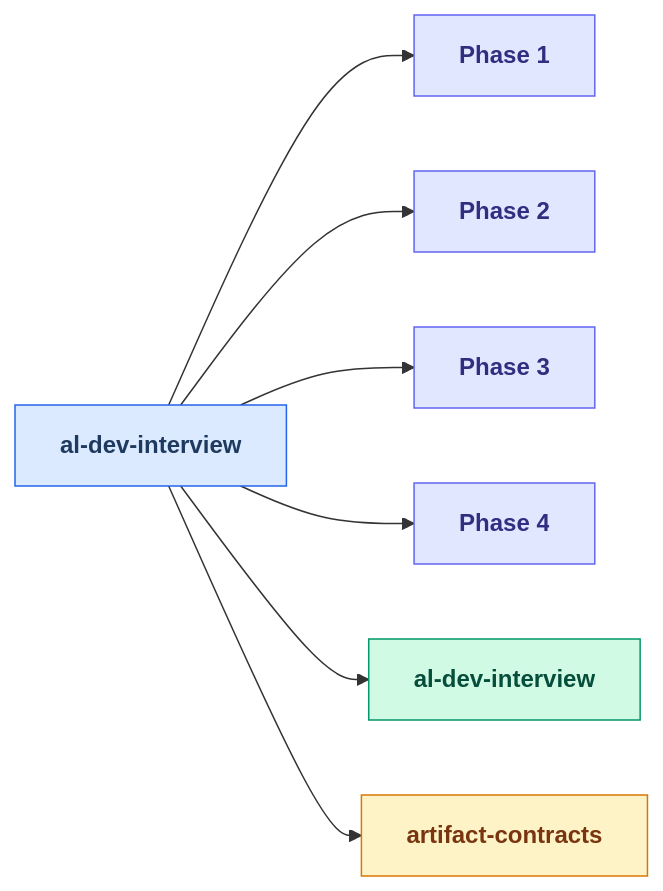
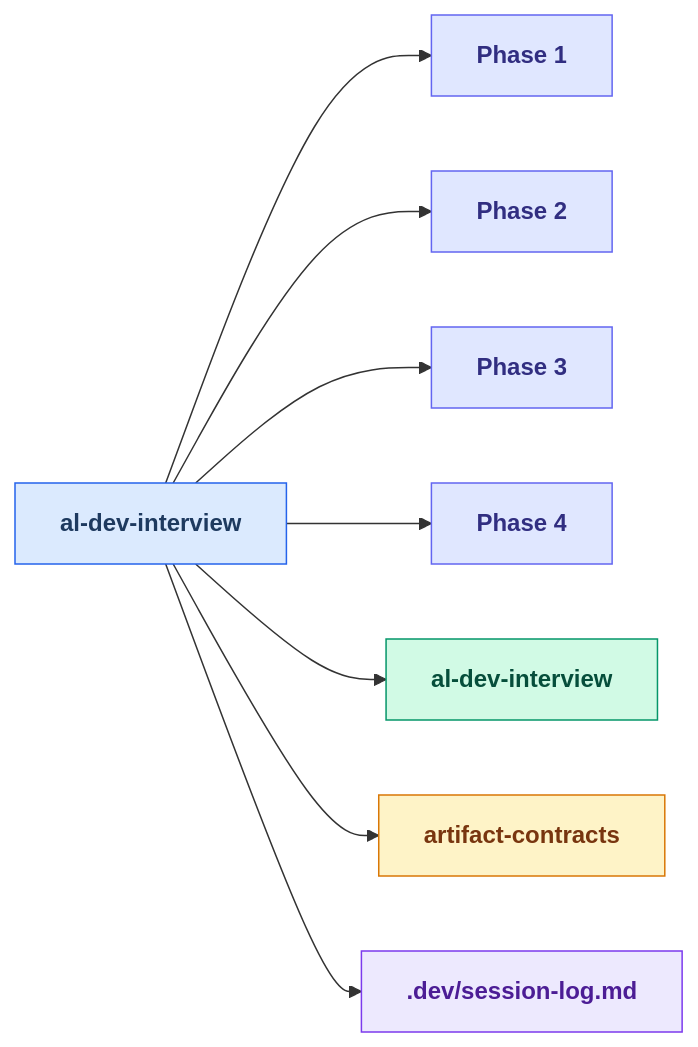
Diagram 17 of 24 in docs/al-dev-skills-map.md (russell-laing/al-dev-shared), drawn with Mermaid before and after one commit. The commit also changed other lines of this file and 5 other files, not shown here.

````diff
--- a/docs/al-dev-skills-map.md
+++ b/docs/al-dev-skills-map.md
@@ -889,31 +868,34 @@
 ```mermaid
 flowchart LR
     classDef skillNode fill:#dbeafe,stroke:#2563eb,color:#1e3a5f,font-weight:bold
     classDef agentNode fill:#d1fae5,stroke:#059669,color:#064e3b,font-weight:bold
     classDef knowledgeNode fill:#fef3c7,stroke:#d97706,color:#78350f,font-weight:bold
     classDef artifactNode fill:#ede9fe,stroke:#7c3aed,color:#4c1d95,font-weight:bold
     classDef phaseNode fill:#e0e7ff,stroke:#6366f1,color:#312e81,font-weight:bold
 
     skill_al_dev_interview[al-dev-interview]
     Phase1["Phase 1"]
     Phase2["Phase 2"]
     Phase3["Phase 3"]
     Phase4["Phase 4"]
     agent_al_dev_interview[al-dev-interview]
     knowledge_artifact_contracts_md[artifact-contracts]
+    artifact_session_log_md[.dev/session-log.md]
 
     skill_al_dev_interview --> Phase1
     skill_al_dev_interview --> Phase2
     skill_al_dev_interview --> Phase3
     skill_al_dev_interview --> Phase4
     skill_al_dev_interview --> agent_al_dev_interview
     skill_al_dev_interview --> knowledge_artifact_contracts_md
+    skill_al_dev_interview --> artifact_session_log_md
 
     class skill_al_dev_interview skillNode
     class Phase1 phaseNode
     class Phase2 phaseNode
     class Phase3 phaseNode
     class Phase4 phaseNode
     class agent_al_dev_interview agentNode
     class knowledge_artifact_contracts_md knowledgeNode
+    class artifact_session_log_md artifactNode
 ```
````
